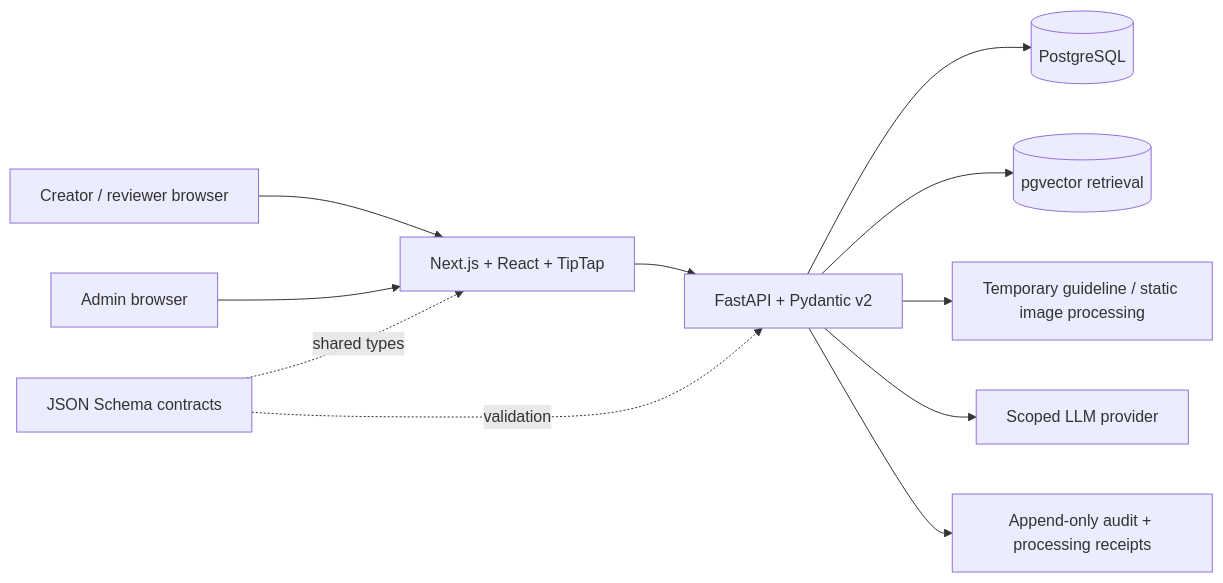
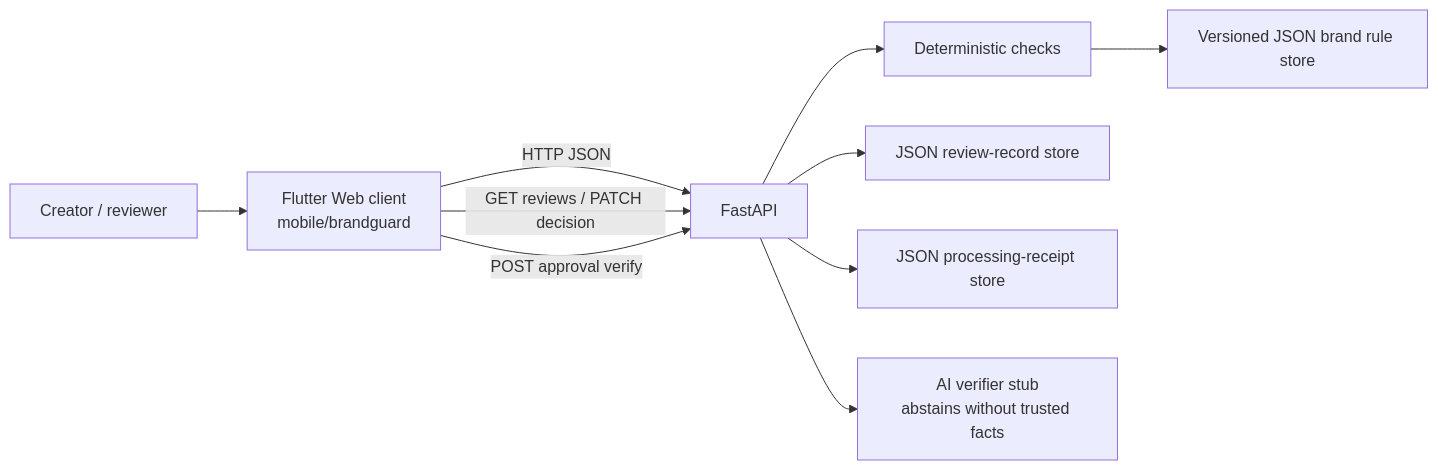
The diagram in docs/architecture.md (Logical-Sprinters/CodeNova), drawn with Mermaid before and after one commit. The commit also changed other lines of this file and 12 other files, not shown here.

````diff
--- a/docs/architecture.md
+++ b/docs/architecture.md
@@ -8,13 +7,12 @@
 ```mermaid
 flowchart LR
-    Creator[Creator / reviewer browser] --> Web[Next.js + React + TipTap]
-    Admin[Admin browser] --> Web
-    Web --> API[FastAPI + Pydantic v2]
-    API --> DB[(PostgreSQL)]
-    API --> Vector[(pgvector retrieval)]
-    API --> Files[Temporary guideline / static image processing]
-    API --> Model[Scoped LLM provider]
-    API --> Audit[Append-only audit + processing receipts]
-    Contracts[JSON Schema contracts] -. shared types .-> Web
-    Contracts -. validation .-> API
+    User[Creator / reviewer] --> Flutter[Flutter Web client<br/>mobile/brandguard]
+    Flutter -->|HTTP JSON| API[FastAPI]
+    API --> Engine[Deterministic checks]
+    Engine --> Rules[Versioned JSON brand rule store]
+    API --> ReviewStore[JSON review-record store]
+    API --> ReceiptStore[JSON processing-receipt store]
+    API --> AI[AI verifier stub<br/>abstains without trusted facts]
+    Flutter -->|GET reviews / PATCH decision| API
+    Flutter -->|POST approval verify| API
 ```
````
